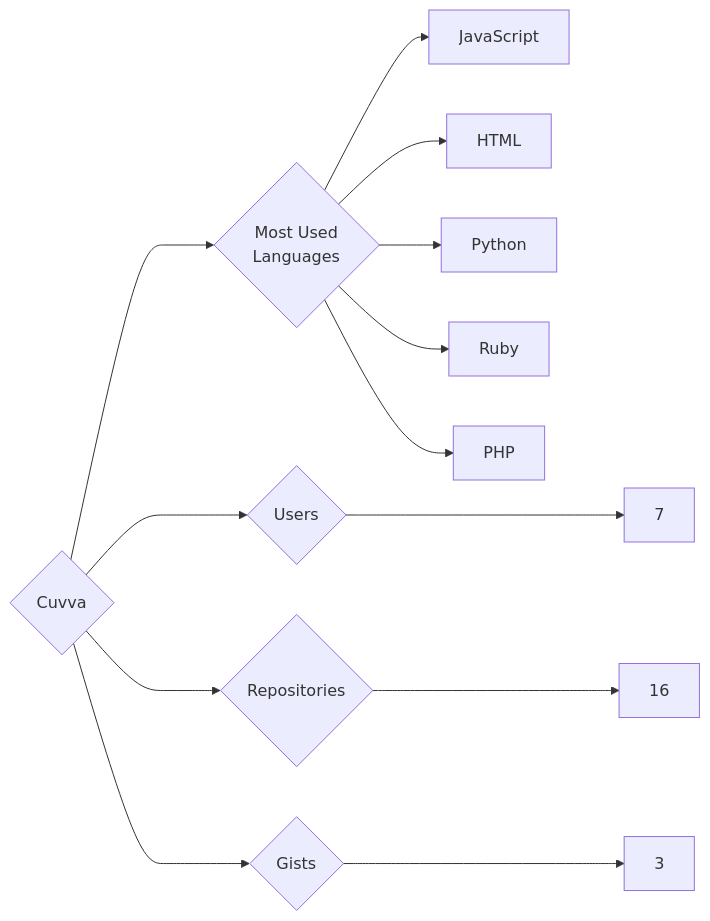
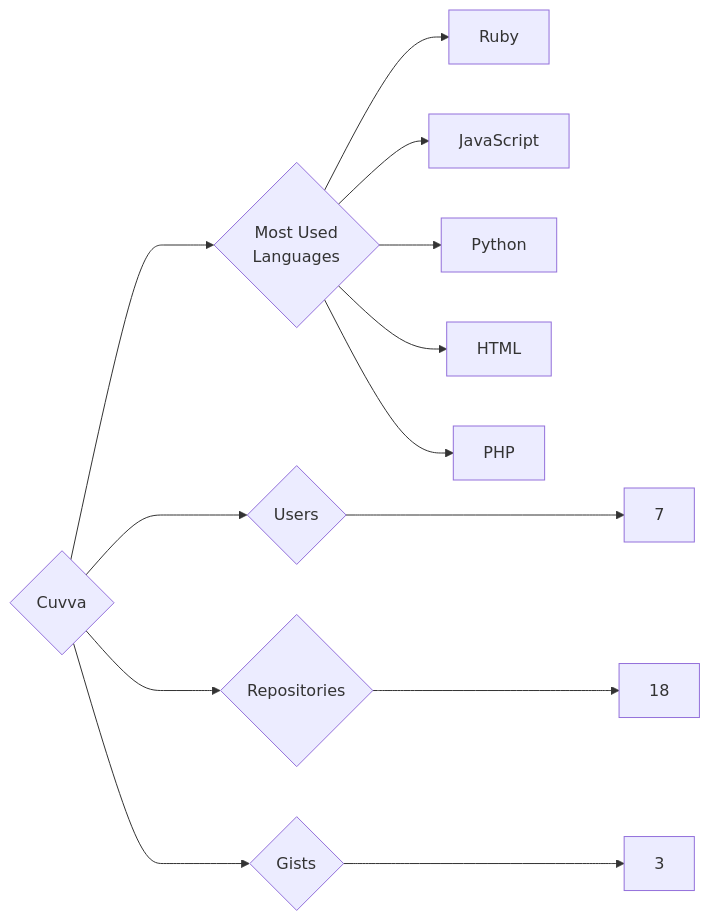
The diagram in targets/Cuvva/README.md (trickest/insiders), drawn with Mermaid before and after one commit. The commit also changed 933 other files, not shown here.

````diff
--- a/targets/Cuvva/README.md
+++ b/targets/Cuvva/README.md
@@ -3,13 +3,13 @@
 ```mermaid
 graph LR
 COMPANY_NAME{Cuvva}
 COMPANY_NAME ---> U{Users} ---> UN[7]
-COMPANY_NAME ---> R{Repositories} ---> RN[16]
+COMPANY_NAME ---> R{Repositories} ---> RN[18]
 COMPANY_NAME ---> G{Gists} ---> GN[3]
 COMPANY_NAME ---> ML{Most Used<br>Languages}
+ML --> Ruby[Ruby]
 ML --> JavaScript[JavaScript]
+ML --> Python[Python]
 ML --> HTML[HTML]
-ML --> Python[Python]
-ML --> Ruby[Ruby]
 ML --> PHP[PHP]
 ```
````
